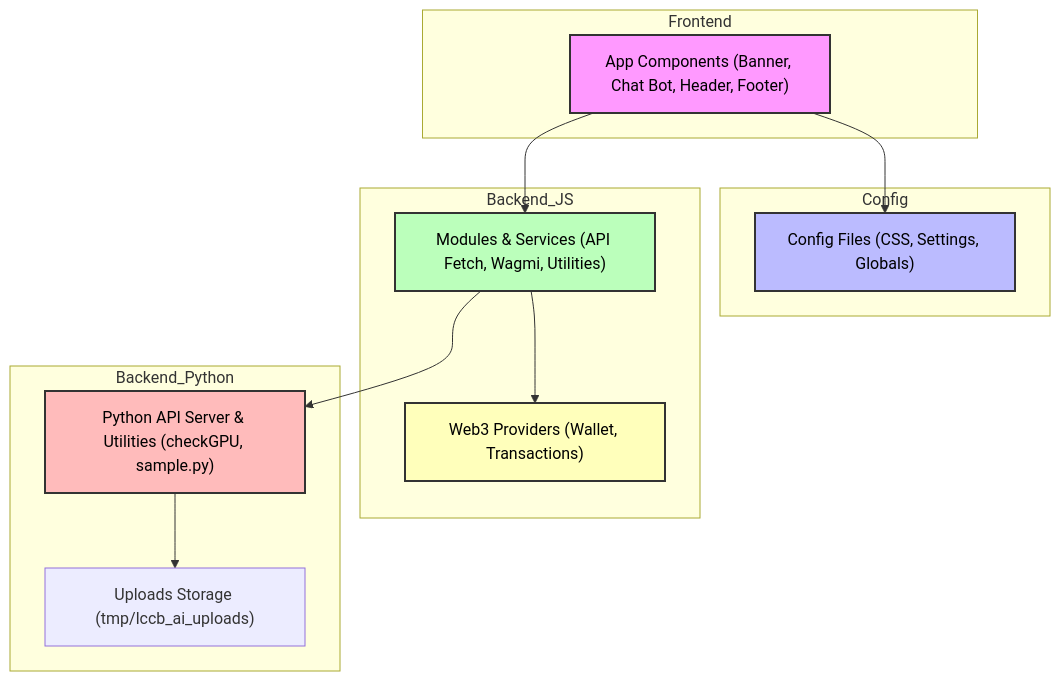
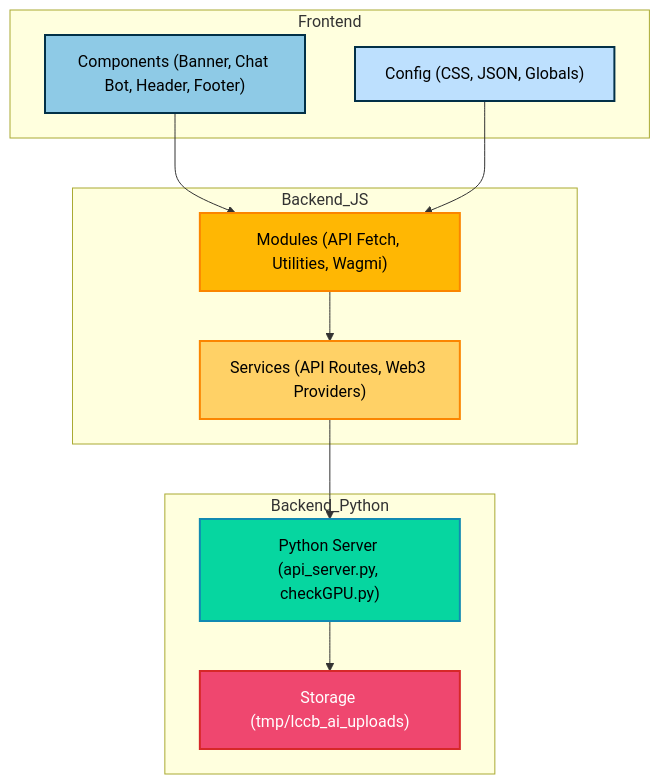
One commit to cordyStackX/lccb_ai changed the diagram in README.md. Above: the diagram before and after it, drawn with Mermaid. The commit also changed other lines of this file, not shown here.

Commit message:
Revise README flowchart and service descriptions
Updated flowchart and descriptions in README to reflect changes in component structure and styling.

````diff
--- a/README.md
+++ b/README.md
@@ -45,33 +45,33 @@
 ```mermaid
 flowchart TD
     subgraph Frontend
-        A["App Components (Banner, Chat Bot, Header, Footer)"]
-    end
-
-    subgraph Config
-        B["Config Files (CSS, Settings, Globals)"]
+        A["Components (Banner, Chat Bot, Header, Footer)"]
+        B["Config (CSS, JSON, Globals)"]
     end
 
     subgraph Backend_JS
-        C["Modules & Services (API Fetch, Wagmi, Utilities)"]
-        D["Web3 Providers (Wallet, Transactions)"]
+        C["Modules (API Fetch, Utilities, Wagmi)"]
+        D["Services (API Routes, Web3 Providers)"]
     end
 
     subgraph Backend_Python
-        E["Python API Server & Utilities (checkGPU, sample.py)"]
-        F["Uploads Storage (tmp/lccb_ai_uploads)"]
+        E["Python Server (api_server.py, checkGPU.py)"]
+        F["Storage (tmp/lccb_ai_uploads)"]
     end
 
-%% Connections
+    %% Connections
     A --> C
-    A --> B
+    B --> C
     C --> D
-    C --> E
+    D --> E
     E --> F
-%% Styling nodes
-    style A fill:#f9f,stroke:#333,stroke-width:2px,color:#000
-    style B fill:#bbf,stroke:#333,stroke-width:2px,color:#000
-    style C fill:#bfb,stroke:#333,stroke-width:2px,color:#000
-    style D fill:#ffb,stroke:#333,stroke-width:2px,color:#000
-    style E fill:#fbb,stroke:#333,stroke-width:2px,color:#000
+
+    %% Styling
+    style A fill:#8ecae6,stroke:#023047,stroke-width:2px,color:#000
+    style B fill:#bde0fe,stroke:#023047,stroke-width:2px,color:#000
+    style C fill:#ffb703,stroke:#fb8500,stroke-width:2px,color:#000
+    style D fill:#ffd166,stroke:#fb8500,stroke-width:2px,color:#000
+    style E fill:#06d6a0,stroke:#118ab2,stroke-width:2px,color:#000
+    style F fill:#ef476f,stroke:#d62828,stroke-width:2px,color:#fff
+
 ```
````
